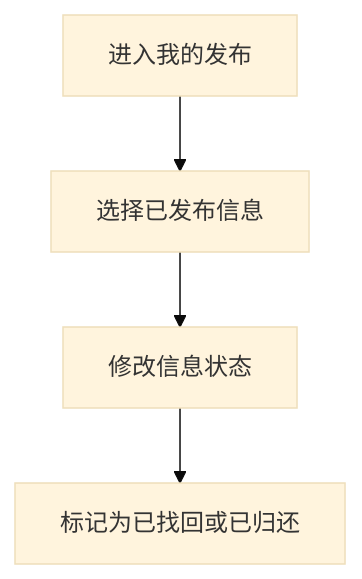
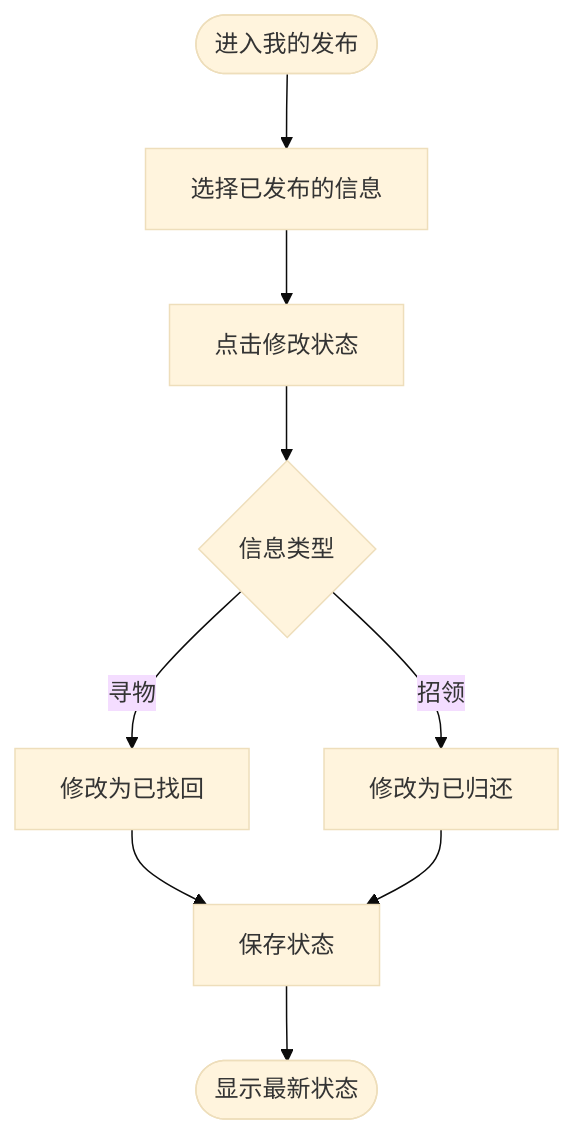
Before and after one commit to tw1l1ghtcc/campus-lost-found: the fourth of 4 diagrams in docs/flow.md, drawn with Mermaid (base theme). The commit also changed other lines of this file and 2 other files, not shown here.

Commit message:
更改流程图文本文件

````diff
--- a/docs/flow.md
+++ b/docs/flow.md
@@ -37,6 +51,11 @@
 ```mermaid
 flowchart TD
-    A[进入我的发布] --> B[选择已发布信息]
-    B --> C[修改信息状态]
-    C --> D[标记为已找回或已归还]
+    A([进入我的发布]) --> B[选择已发布的信息]
+    B --> C[点击修改状态]
+    C --> D{信息类型}
+    D -->|寻物| E[修改为已找回]
+    D -->|招领| F[修改为已归还]
+    E --> G[保存状态]
+    F --> G
+    G --> H([显示最新状态])
 ```
````
